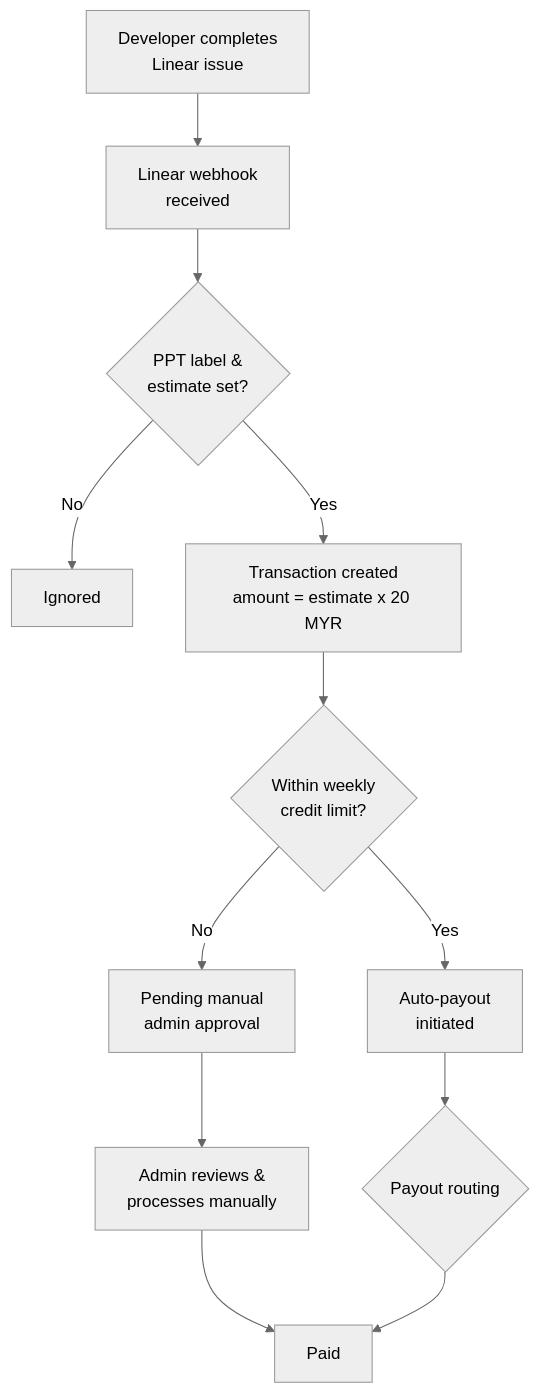
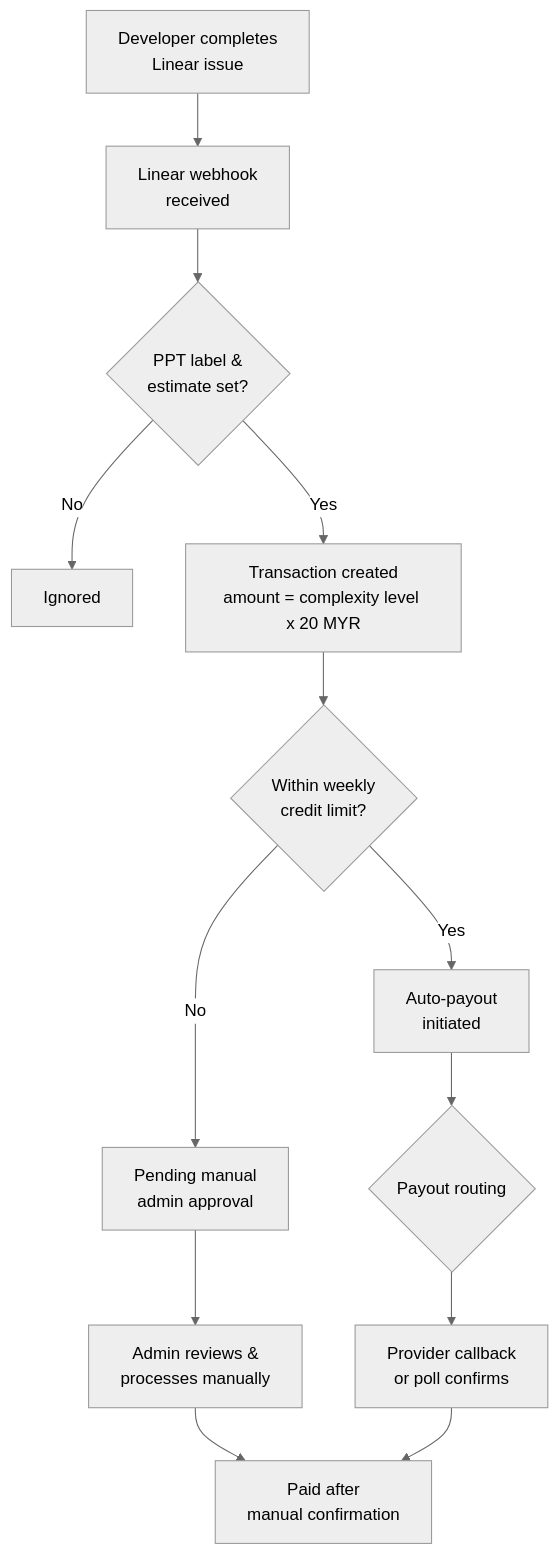
The first of 3 diagrams in src/documents/payment-flow.md (mysverse/devhub), drawn with Mermaid (neutral theme) before and after one commit. The commit also changed other lines of this file and 13 other files, not shown here.

````diff
--- a/src/documents/payment-flow.md
+++ b/src/documents/payment-flow.md
@@ -15,14 +15,15 @@
 ```mermaid
 flowchart TD
     A[Developer completes<br/>Linear issue] --> B[Linear webhook<br/>received]
     B --> C{PPT label &<br/>estimate set?}
     C -->|No| D[Ignored]
-    C -->|Yes| E[Transaction created<br/>amount = estimate x 20 MYR]
+    C -->|Yes| E[Transaction created<br/>amount = complexity level x 20 MYR]
     E --> F{Within weekly<br/>credit limit?}
     F -->|No| G[Pending manual<br/>admin approval]
     F -->|Yes| H[Auto-payout<br/>initiated]
     H --> I{Payout routing}
     G --> J[Admin reviews &<br/>processes manually]
-    J --> K[Paid]
-    I --> K
+    J --> K[Paid after<br/>manual confirmation]
+    I --> L[Provider callback<br/>or poll confirms]
+    L --> K
 ```
````
